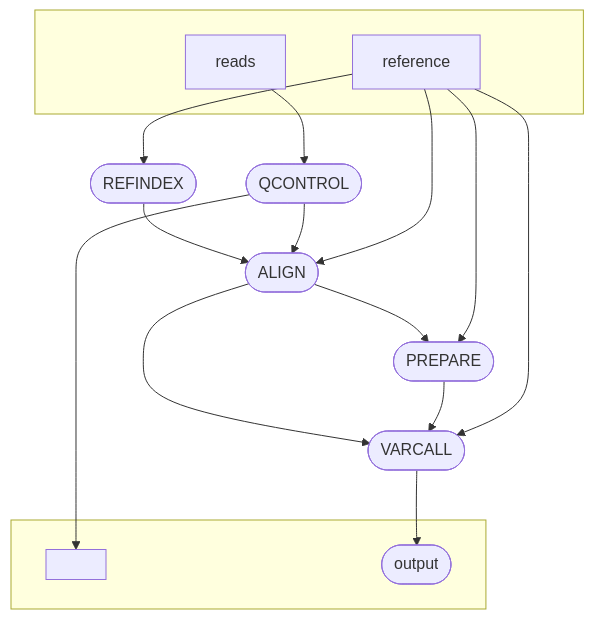
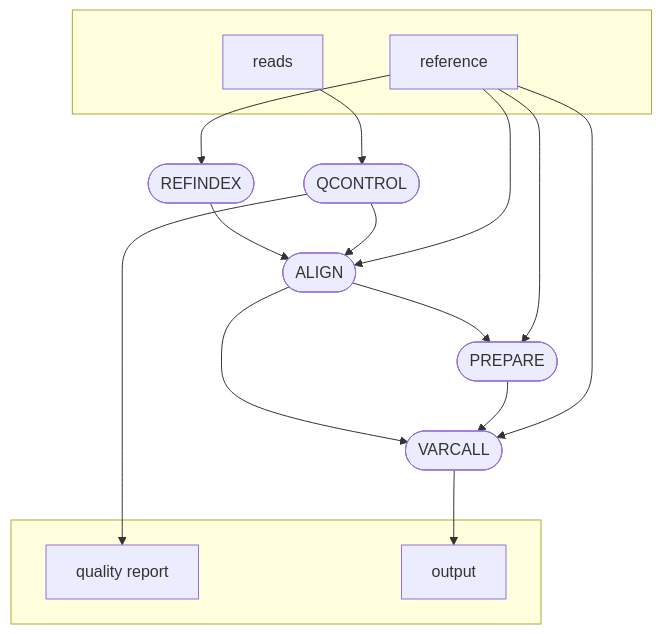
One commit to glebus-sasha/octopus_nf changed the diagram in README.md. Above: the diagram before and after it, drawn with Mermaid.

````diff
--- a/README.md
+++ b/README.md
@@ -5,29 +5,28 @@
 ```mermaid
 flowchart TB
     subgraph " "
     v0["reads"]
     v1["reference"]
     end
     v2([REFINDEX])
     v3([QCONTROL])
     subgraph " "
-    v4[" "]
-    v11[" "]
+    v4["quality report"]
+    v11["output"]
     end
     v6([ALIGN])
     v8([PREPARE])
     v10([VARCALL])
-    v11([output])
     v0 --> v3
     v1 --> v2
     v2 --> v6
     v3 --> v6
     v3 --> v4
     v1 --> v6
     v6 --> v8
     v6 --> v10
     v1 --> v8
     v8 --> v10
     v1 --> v10
     v10 --> v11
 ```
````
